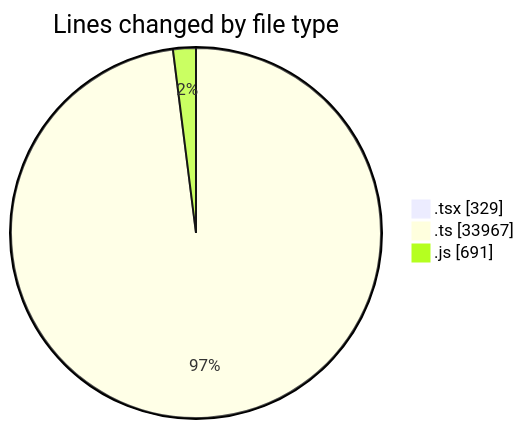
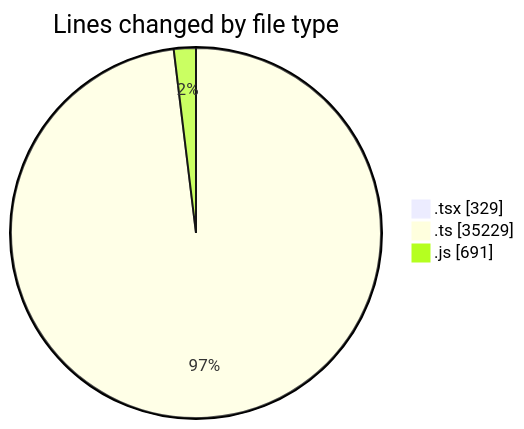
Before and after one commit to momahboobian/code-tracking: the first of 2 diagrams in 2025-12-17/cda/README.md, drawn with Mermaid. The commit also changed other lines of this file and 1 other file, not shown here.

````diff
--- a/2025-12-17/cda/README.md
+++ b/2025-12-17/cda/README.md
@@ -35,7 +35,7 @@
 ```mermaid
 pie showData
 title Lines changed by file type
 ".tsx" : 329
-".ts" : 33967
+".ts" : 35229
 ".js" : 691
 ```
````
